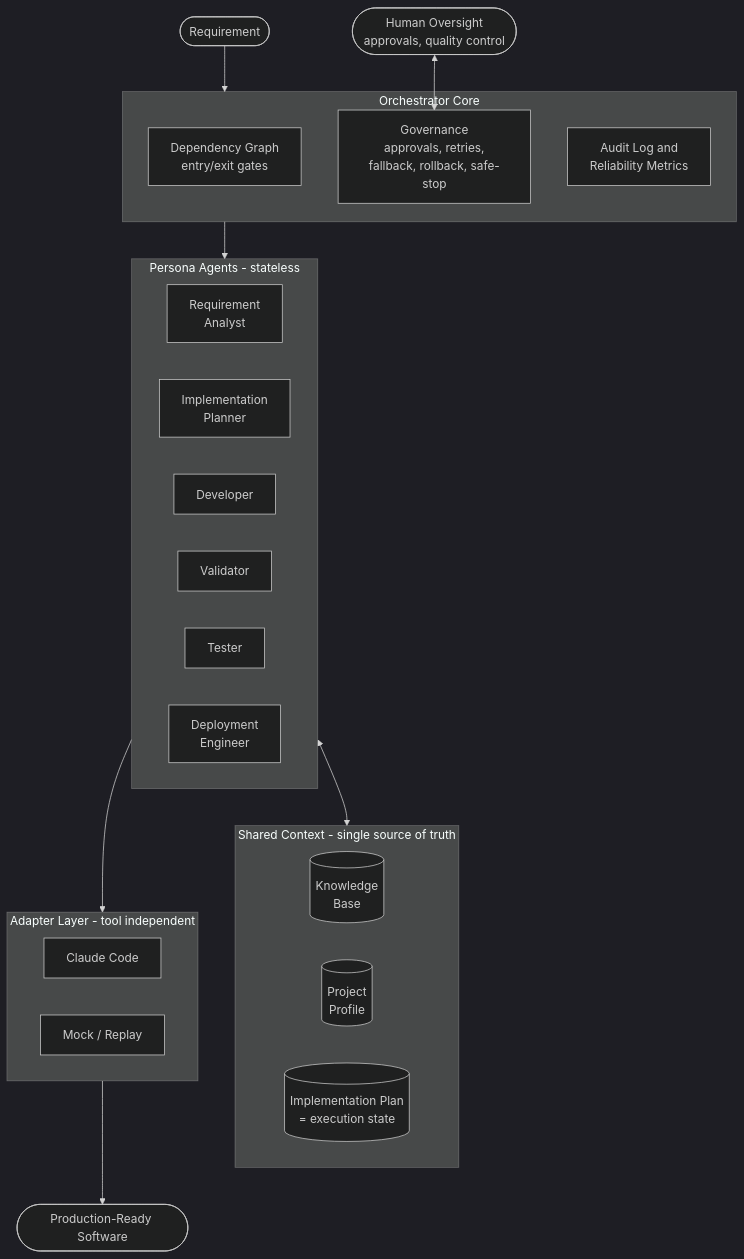
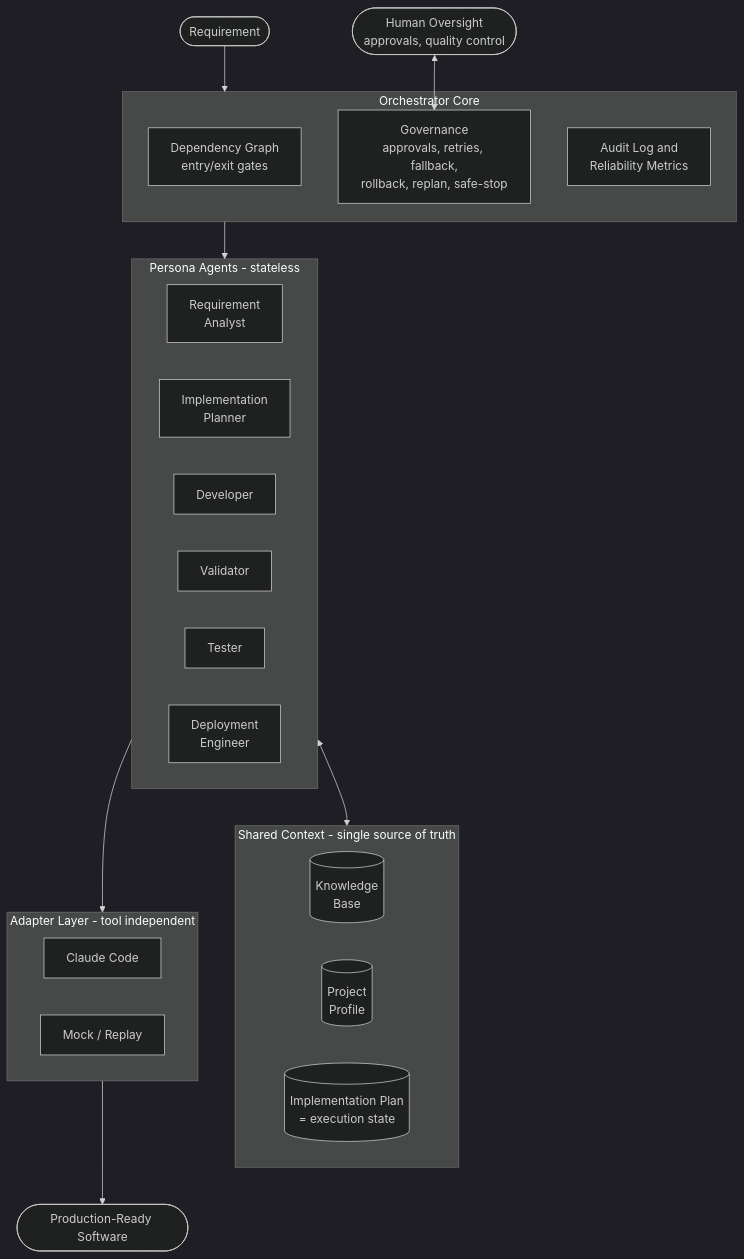
One commit to rajagopalbaskaran/ai-sdlc changed the diagram in README.md. Above: the diagram before and after it, drawn with Mermaid (dark theme). The commit also changed other lines of this file, not shown here.

````diff
--- a/README.md
+++ b/README.md
@@ -71,40 +186,40 @@
 ```mermaid
 flowchart TB
     REQ([Requirement])
     HUMAN([Human Oversight<br/>approvals, quality control])
 
     subgraph CORE[Orchestrator Core]
         DAG[Dependency Graph<br/>entry/exit gates]
-        GOV[Governance<br/>approvals, retries,<br/>fallback, rollback, safe-stop]
+        GOV[Governance<br/>approvals, retries, fallback,<br/>rollback, replan, safe-stop]
         OBS[Audit Log and<br/>Reliability Metrics]
     end
 
     subgraph AGENTS[Persona Agents - stateless]
         RA[Requirement<br/>Analyst]
         IP[Implementation<br/>Planner]
         DEV[Developer]
         VAL[Validator]
         TST[Tester]
         DEP[Deployment<br/>Engineer]
     end
 
     subgraph CONTEXT[Shared Context - single source of truth]
         KB[(Knowledge<br/>Base)]
         PP[(Project<br/>Profile)]
         PLAN[(Implementation Plan<br/>= execution state)]
     end
 
     subgraph ADAPTERS[Adapter Layer - tool independent]
         CC[Claude Code]
         MK[Mock / Replay]
     end
 
     OUT([Production-Ready Software])
 
     REQ --> CORE
     HUMAN <--> GOV
     CORE --> AGENTS
     AGENTS <--> CONTEXT
     AGENTS --> ADAPTERS
     ADAPTERS --> OUT
 ```
````
